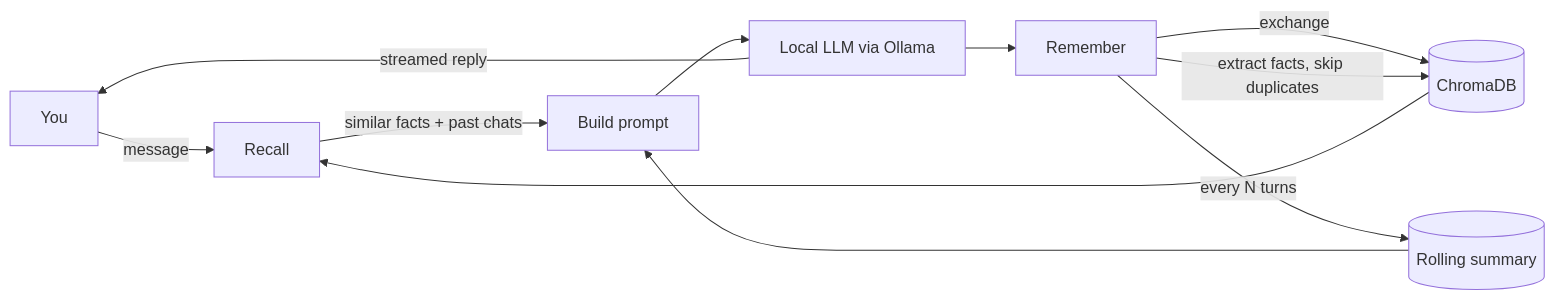
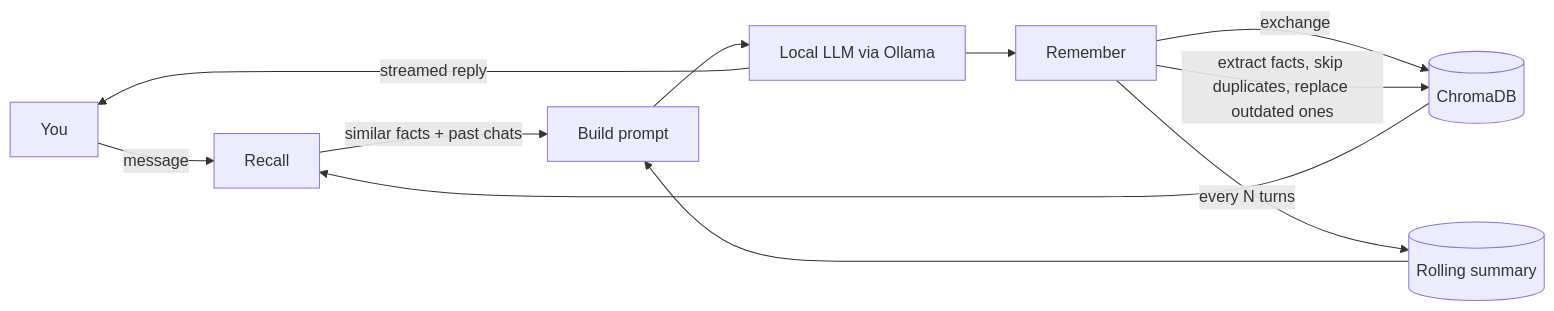
One commit to naveditachaudhary-pixel/local-ai-agent-memory changed the diagram in README.md. Above: the diagram before and after it, drawn with Mermaid. The commit also changed other lines of this file and 20 other files, not shown here.

````diff
--- a/README.md
+++ b/README.md
@@ -27,13 +31,13 @@
 ```mermaid
 flowchart LR
     U[You] -->|message| R[Recall]
     R -->|similar facts + past chats| P[Build prompt]
     S[(Rolling summary)] --> P
     P --> L[Local LLM via Ollama]
     L -->|streamed reply| U
     L --> M[Remember]
     M -->|exchange| V[(ChromaDB)]
-    M -->|extract facts, skip duplicates| V
+    M -->|extract facts, skip duplicates, replace outdated ones| V
     M -->|every N turns| S
     V --> R
 ```
````
